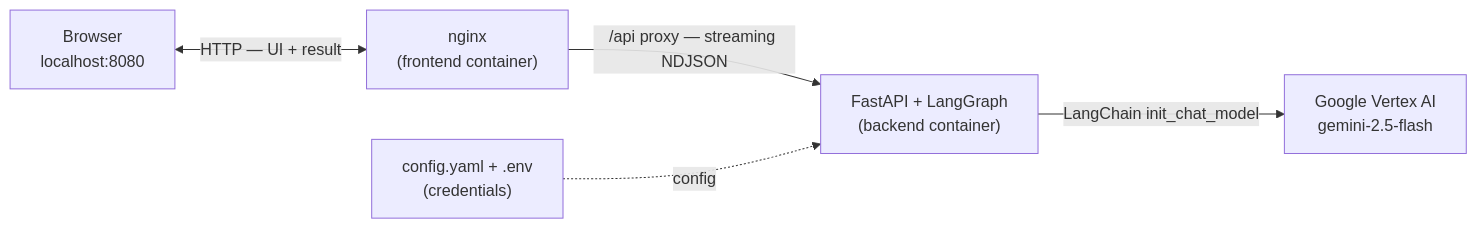
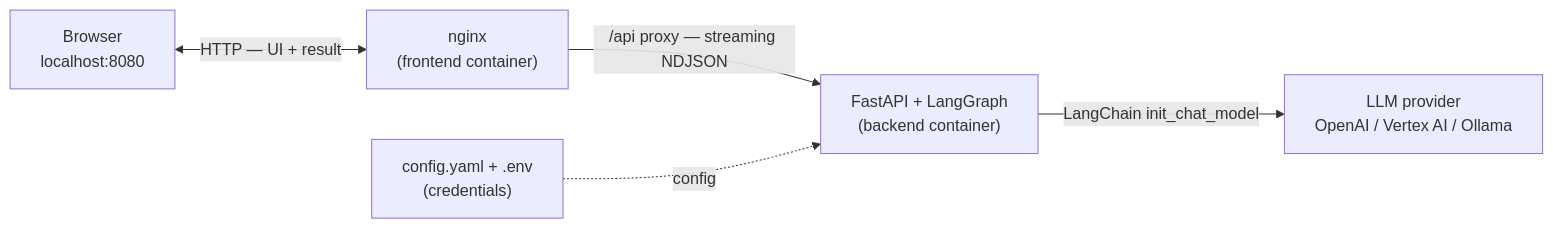
One commit to thechuong98/tuw-applied-gen-ai-2026s changed the first of 2 diagrams in README.md. Above: the diagram before and after it, drawn with Mermaid. The commit also changed other lines of this file and 4 other files, not shown here.

````diff
--- a/README.md
+++ b/README.md
@@ -16,13 +18,13 @@
 ```mermaid
 flowchart LR
     U["Browser<br/>localhost:8080"]
     N["nginx<br/>(frontend container)"]
     B["FastAPI + LangGraph<br/>(backend container)"]
-    V["Google Vertex AI<br/>gemini-2.5-flash"]
+    V["LLM provider<br/>OpenAI / Vertex AI / Ollama"]
     C["config.yaml + .env<br/>(credentials)"]
 
     U <-->|"HTTP — UI + result"| N
     N -->|"/api proxy — streaming NDJSON"| B
     B -->|"LangChain init_chat_model"| V
     C -.->|"config"| B
 ```
````
